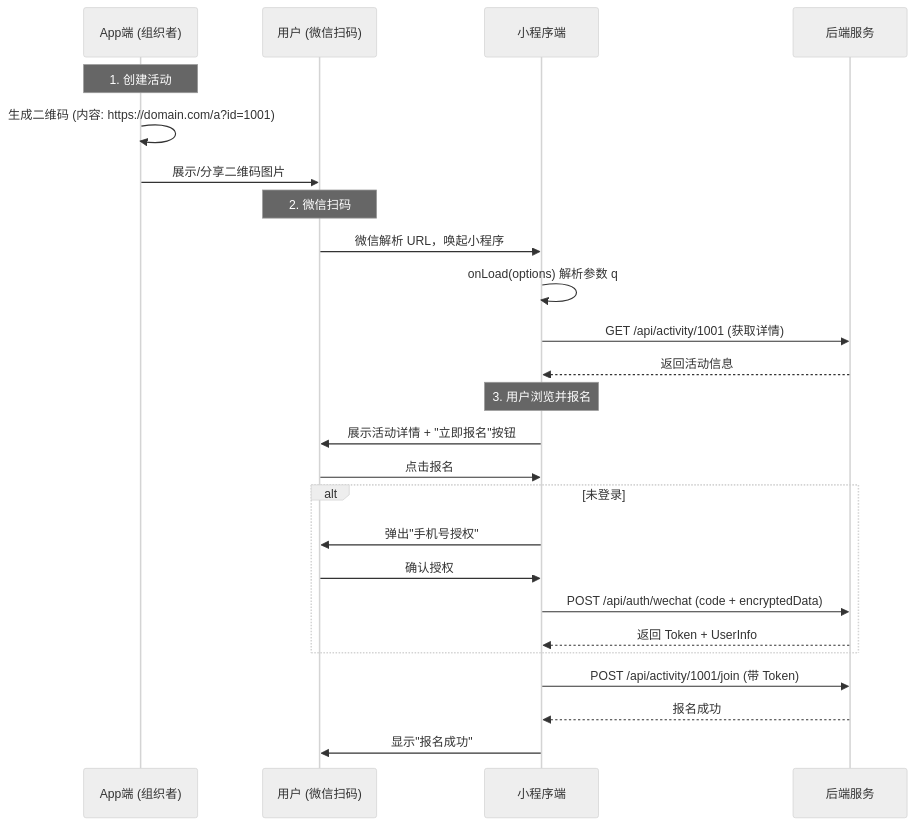
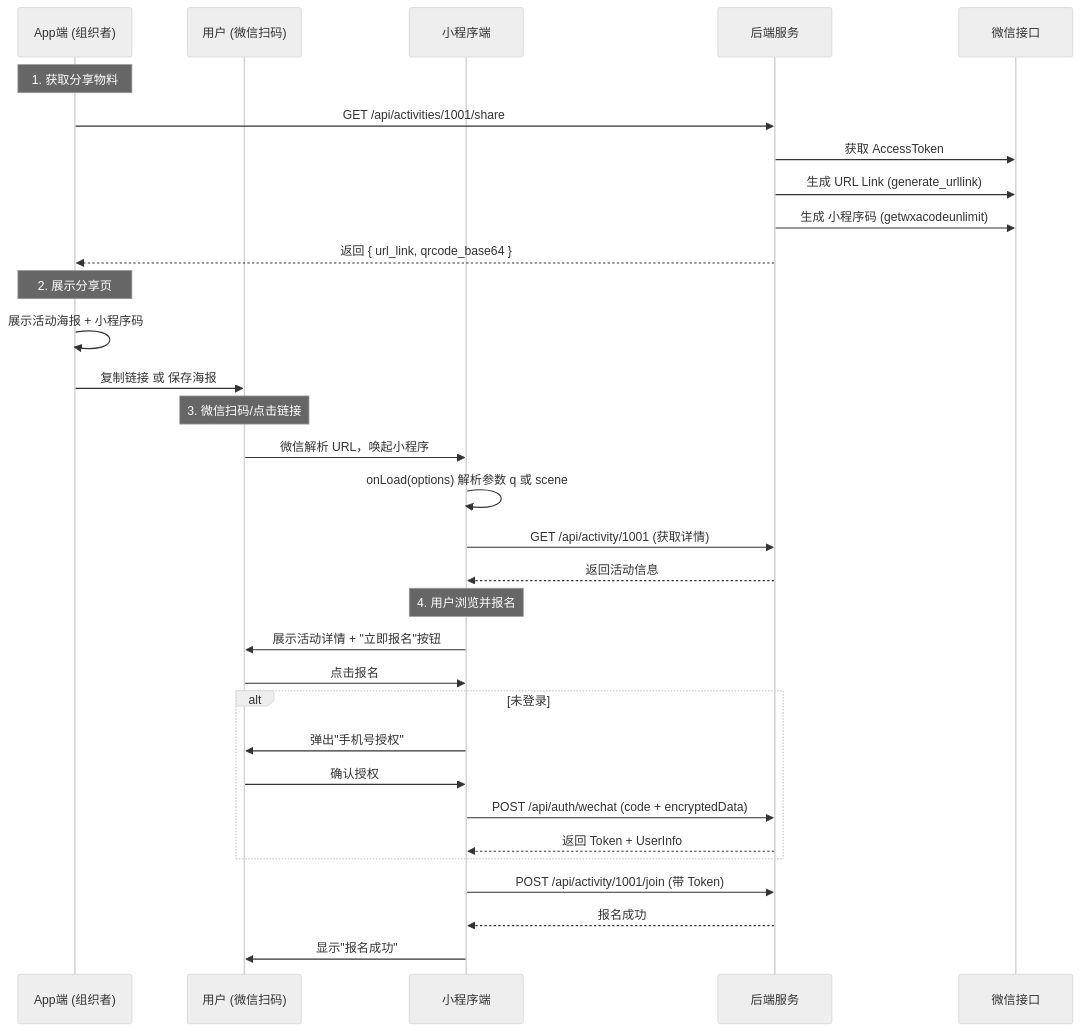
Before and after one commit to aishuohuadebenrenyi/activity_assistantor: the diagram in docs/02_Technical/WeChat_Integration_Solution.md, drawn with Mermaid (neutral theme). The commit also changed other lines of this file and 13 other files, not shown here.

````diff
--- a/docs/02_Technical/WeChat_Integration_Solution.md
+++ b/docs/02_Technical/WeChat_Integration_Solution.md
@@ -22,32 +22,40 @@
 ```mermaid
 sequenceDiagram
     participant App as App端 (组织者)
     participant User as 用户 (微信扫码)
     participant MP as 小程序端
     participant Server as 后端服务
+    participant WeChat as 微信接口
 
-    Note over App: 1. 创建活动
-    App->>App: 生成二维码 (内容: https://domain.com/a?id=1001)
-    App->>User: 展示/分享二维码图片
+    Note over App: 1. 获取分享物料
+    App->>Server: GET /api/activities/1001/share
+    Server->>WeChat: 获取 AccessToken
+    Server->>WeChat: 生成 URL Link (generate_urllink)
+    Server->>WeChat: 生成 小程序码 (getwxacodeunlimit)
+    Server-->>App: 返回 { url_link, qrcode_base64 }
+    
+    Note over App: 2. 展示分享页
+    App->>App: 展示活动海报 + 小程序码
+    App->>User: 复制链接 或 保存海报
 
-    Note over User: 2. 微信扫码
+    Note over User: 3. 微信扫码/点击链接
     User->>MP: 微信解析 URL，唤起小程序
-    MP->>MP: onLoad(options) 解析参数 q
+    MP->>MP: onLoad(options) 解析参数 q 或 scene
     MP->>Server: GET /api/activity/1001 (获取详情)
     Server-->>MP: 返回活动信息
 
-    Note over MP: 3. 用户浏览并报名
+    Note over MP: 4. 用户浏览并报名
     MP->>User: 展示活动详情 + "立即报名"按钮
     User->>MP: 点击报名
     
     alt 未登录
         MP->>User: 弹出"手机号授权"
         User->>MP: 确认授权
         MP->>Server: POST /api/auth/wechat (code + encryptedData)
         Server-->>MP: 返回 Token + UserInfo
     end
 
     MP->>Server: POST /api/activity/1001/join (带 Token)
     Server-->>MP: 报名成功
     MP->>User: 显示"报名成功"
 ```
````
